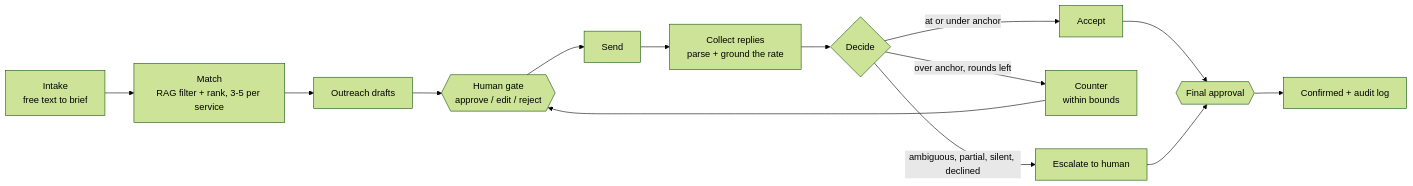
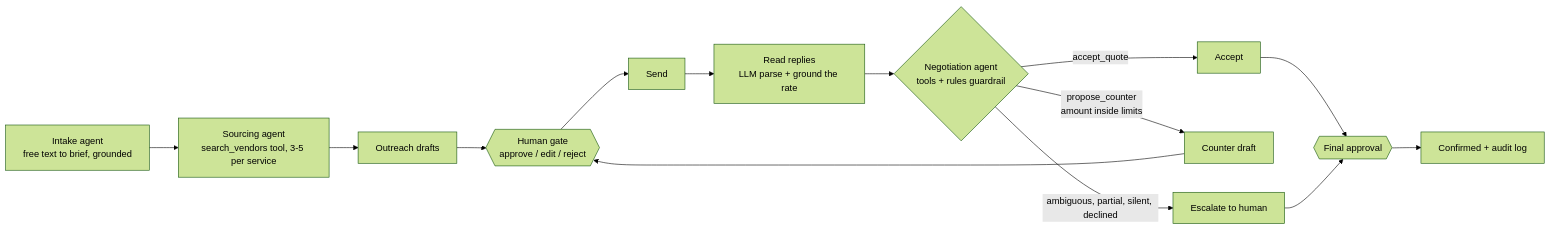
The diagram in README.md (pryank18/Msafara), drawn with Mermaid (forest theme) before and after one commit. The commit also changed other lines of this file and 21 other files, not shown here.

First line of the commit message:
LLM agents on the decision path, with tools and rules guardrails

````diff
--- a/README.md
+++ b/README.md
@@ -26,16 +27,16 @@
 ```mermaid
 flowchart LR
-    A[Intake<br/>free text to brief] --> B[Match<br/>RAG filter + rank, 3-5 per service]
+    A[Intake agent<br/>free text to brief, grounded] --> B[Sourcing agent<br/>search_vendors tool, 3-5 per service]
     B --> C[Outreach drafts]
     C --> G1{{Human gate<br/>approve / edit / reject}}
     G1 --> D[Send]
-    D --> E[Collect replies<br/>parse + ground the rate]
-    E --> F{Decide}
-    F -->|at or under anchor| H[Accept]
-    F -->|over anchor, rounds left| I[Counter<br/>within bounds]
+    D --> E[Read replies<br/>LLM parse + ground the rate]
+    E --> F{Negotiation agent<br/>tools + rules guardrail}
+    F -->|accept_quote| H[Accept]
+    F -->|propose_counter<br/>amount inside limits| I[Counter draft]
     I --> G1
     F -->|ambiguous, partial, silent, declined| X[Escalate to human]
     H --> G2{{Final approval}}
     X --> G2
     G2 --> Z[Confirmed + audit log]
 ```
````
